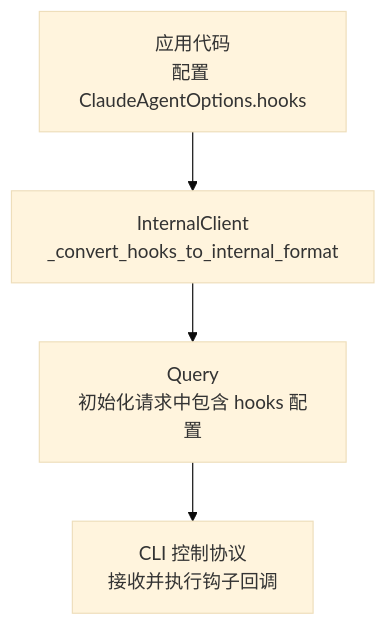
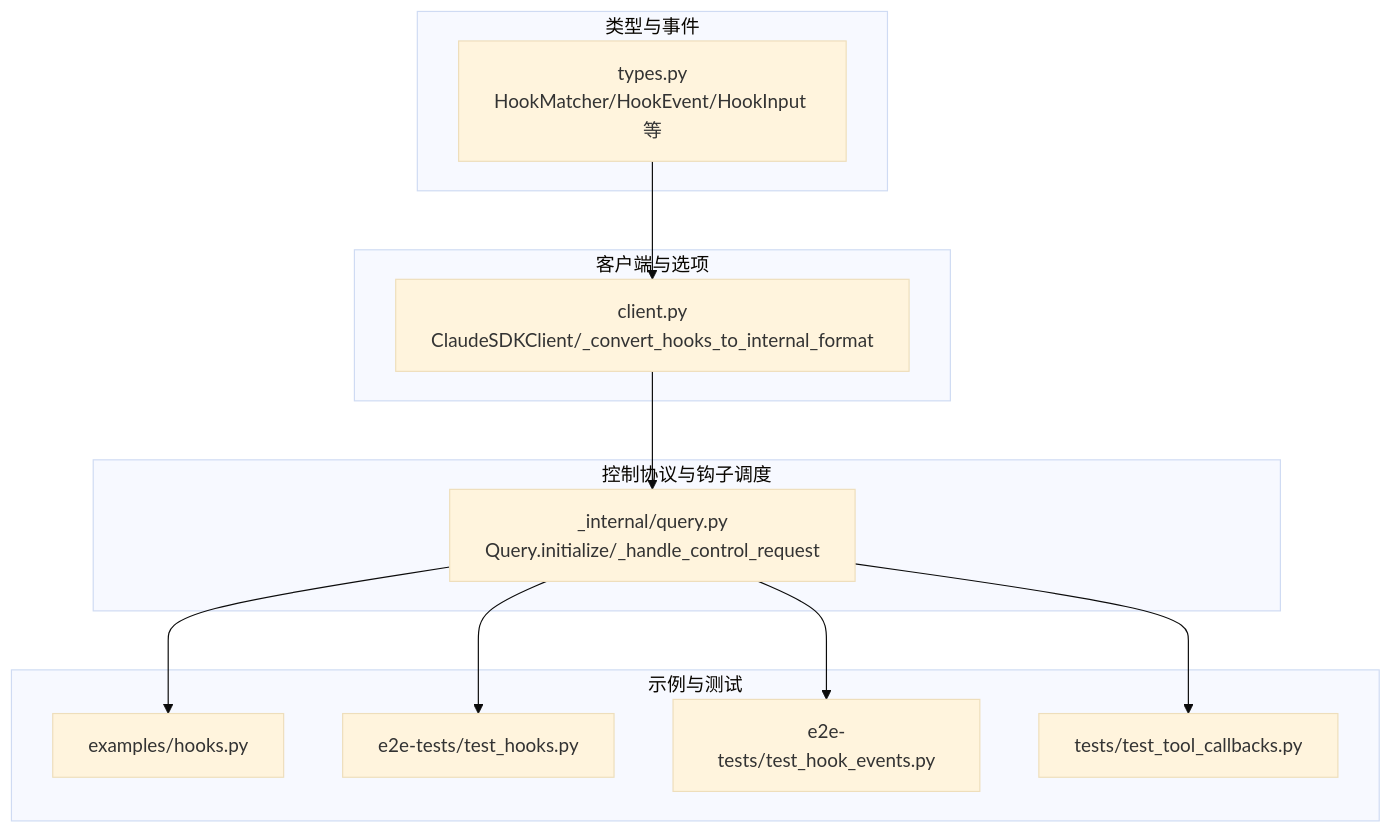
One commit to defulat-coder/claude-agent-sdk-python changed the first of 4 diagrams in .qoder/repowiki/zh/content/高级功能/钩子系统/钩子匹配器.md. Above: the diagram before and after it, drawn with Mermaid (base theme). The commit also changed other lines of this file and 77 other files, not shown here.

````diff
--- a/.qoder/repowiki/zh/content/高级功能/钩子系统/钩子匹配器.md
+++ b/.qoder/repowiki/zh/content/高级功能/钩子系统/钩子匹配器.md
@@ -43,6 +37,24 @@
 ```mermaid
 graph TB
-A["应用代码<br/>配置 ClaudeAgentOptions.hooks"] --> B["InternalClient<br/>_convert_hooks_to_internal_format"]
-B --> C["Query<br/>初始化请求中包含 hooks 配置"]
-C --> D["CLI 控制协议<br/>接收并执行钩子回调"]
+subgraph "类型与事件"
+T["types.py<br/>HookMatcher/HookEvent/HookInput 等"]
+end
+subgraph "客户端与选项"
+C["client.py<br/>ClaudeSDKClient/_convert_hooks_to_internal_format"]
+end
+subgraph "控制协议与钩子调度"
+Q["_internal/query.py<br/>Query.initialize/_handle_control_request"]
+end
+subgraph "示例与测试"
+E1["examples/hooks.py"]
+E2["e2e-tests/test_hooks.py"]
+E3["e2e-tests/test_hook_events.py"]
+U1["tests/test_tool_callbacks.py"]
+end
+T --> C
+C --> Q
+Q --> E1
+Q --> E2
+Q --> E3
+Q --> U1
 ```
````
